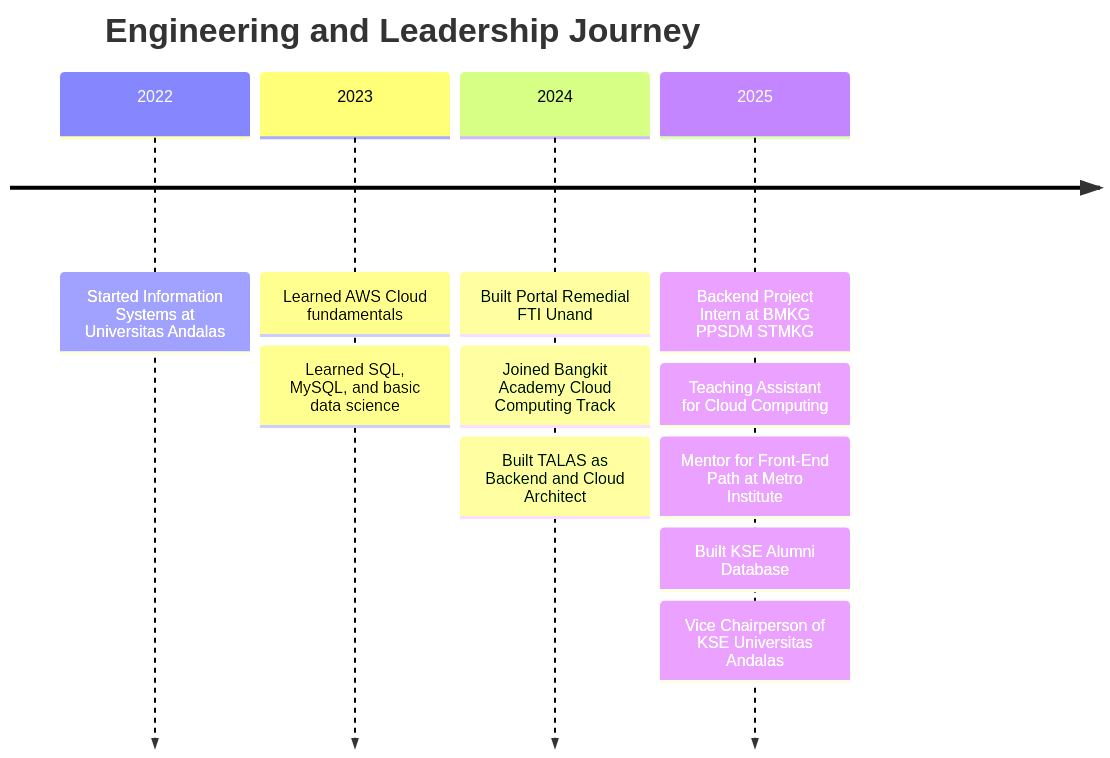
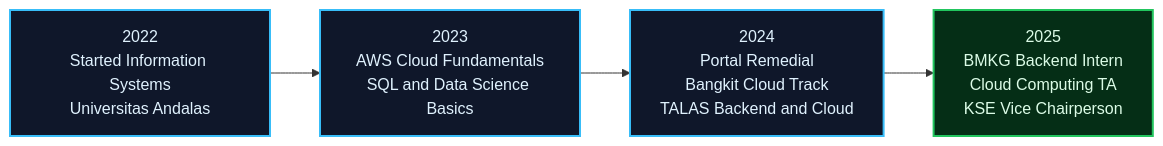
Before and after one commit to Ilhamnofaldi/Ilhamnofaldi: the fifth of 6 diagrams in README.md, drawn with Mermaid. The commit also changed other lines of this file, not shown here.

````diff
--- a/README.md
+++ b/README.md
@@ -334,15 +346,12 @@
 ```mermaid
-timeline
-    title Engineering and Leadership Journey
-    2022 : Started Information Systems at Universitas Andalas
-    2023 : Learned AWS Cloud fundamentals
-         : Learned SQL, MySQL, and basic data science
-    2024 : Built Portal Remedial FTI Unand
-         : Joined Bangkit Academy Cloud Computing Track
-         : Built TALAS as Backend and Cloud Architect
-    2025 : Backend Project Intern at BMKG PPSDM STMKG
-         : Teaching Assistant for Cloud Computing
-         : Mentor for Front-End Path at Metro Institute
-         : Built KSE Alumni Database
-         : Vice Chairperson of KSE Universitas Andalas
+flowchart LR
+    Y2022["2022<br/>Started Information Systems<br/>Universitas Andalas"] --> Y2023["2023<br/>AWS Cloud Fundamentals<br/>SQL and Data Science Basics"]
+    Y2023 --> Y2024["2024<br/>Portal Remedial<br/>Bangkit Cloud Track<br/>TALAS Backend and Cloud"]
+    Y2024 --> Y2025["2025<br/>BMKG Backend Intern<br/>Cloud Computing TA<br/>KSE Vice Chairperson"]
+
+    classDef yearNode fill:#0f172a,stroke:#38bdf8,color:#e0f2fe,stroke-width:2px;
+    classDef activeNode fill:#052e16,stroke:#22c55e,color:#dcfce7,stroke-width:2px;
+
+    class Y2022,Y2023,Y2024 yearNode;
+    class Y2025 activeNode;
 ```
````
